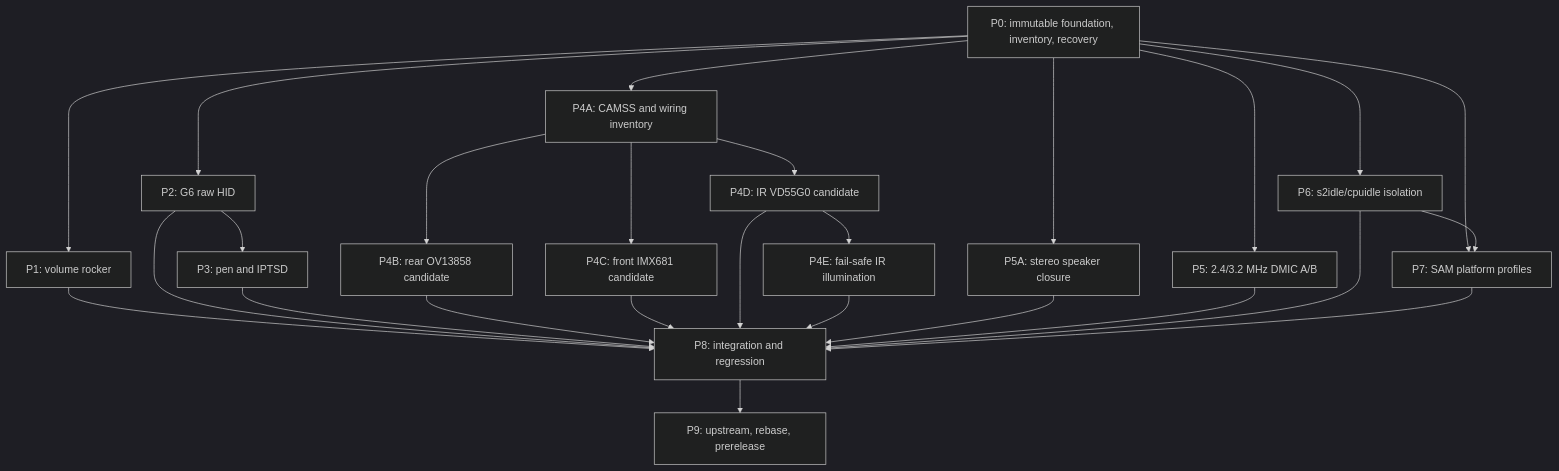
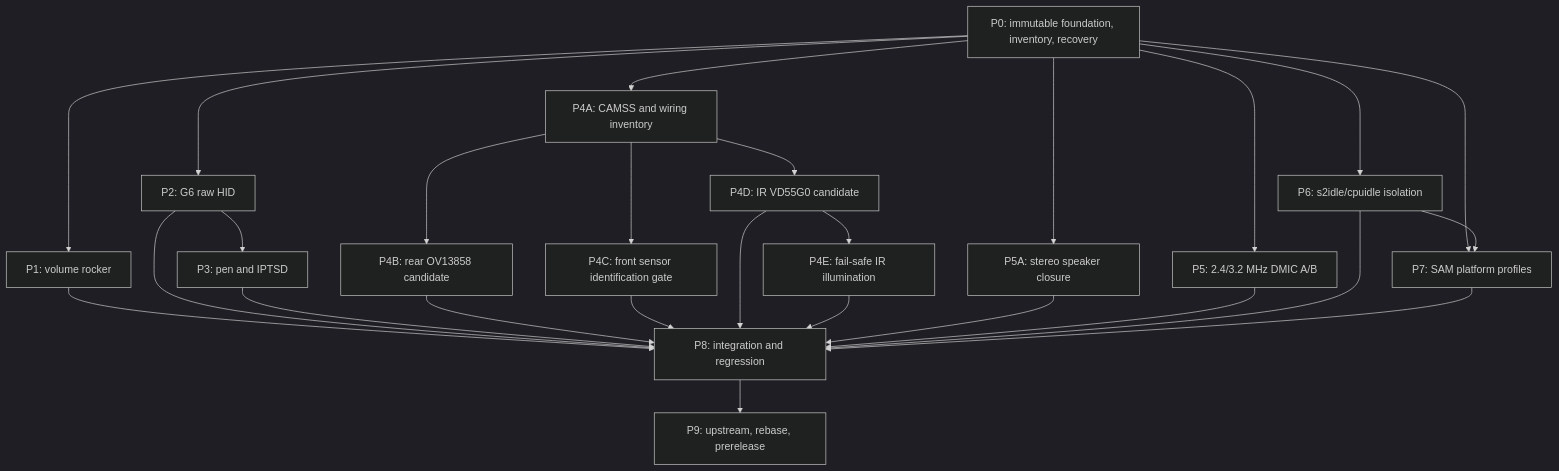
Before and after one commit to ooaklee/linux-surface-pro-11-oe: the diagram in docs/sp11-full-feature-parity-execution-plan.md, drawn with Mermaid (dark theme). The commit also changed other lines of this file and 87 other files, not shown here.

````diff
--- a/docs/sp11-full-feature-parity-execution-plan.md
+++ b/docs/sp11-full-feature-parity-execution-plan.md
@@ -122,42 +128,42 @@
 ```mermaid
 flowchart TD
     P0["P0: immutable foundation, inventory, recovery"]
     VK["P1: volume rocker"]
     G6["P2: G6 raw HID"]
     PEN["P3: pen and IPTSD"]
     CAM0["P4A: CAMSS and wiring inventory"]
     REAR["P4B: rear OV13858 candidate"]
-    FRONT["P4C: front IMX681 candidate"]
+    FRONT["P4C: front sensor identification gate"]
     IR["P4D: IR VD55G0 candidate"]
     VCSEL["P4E: fail-safe IR illumination"]
     SPK["P5A: stereo speaker closure"]
     DMIC["P5: 2.4/3.2 MHz DMIC A/B"]
     PM0["P6: s2idle/cpuidle isolation"]
     SAM["P7: SAM platform profiles"]
     INT["P8: integration and regression"]
     UP["P9: upstream, rebase, prerelease"]
 
     P0 --> VK
     P0 --> G6 --> PEN
     P0 --> CAM0
     CAM0 --> REAR
     CAM0 --> FRONT
     CAM0 --> IR --> VCSEL
     P0 --> SPK
     P0 --> DMIC
     P0 --> PM0
     P0 --> SAM
     PM0 --> SAM
     VK --> INT
     G6 --> INT
     PEN --> INT
     REAR --> INT
     FRONT --> INT
     IR --> INT
     VCSEL --> INT
     SPK --> INT
     DMIC --> INT
     PM0 --> INT
     SAM --> INT
     INT --> UP
 ```
````
